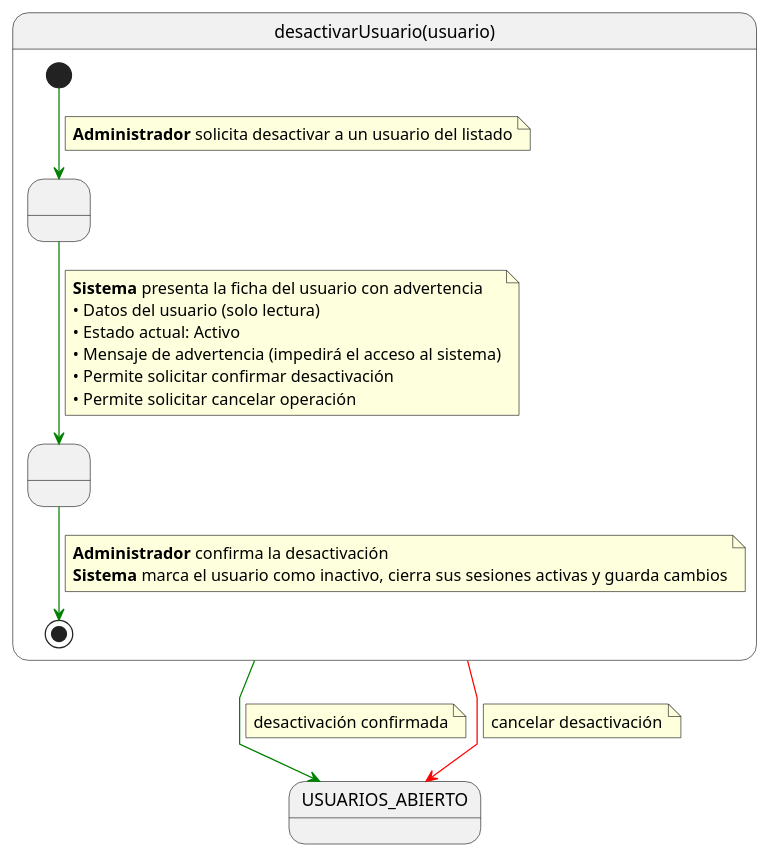
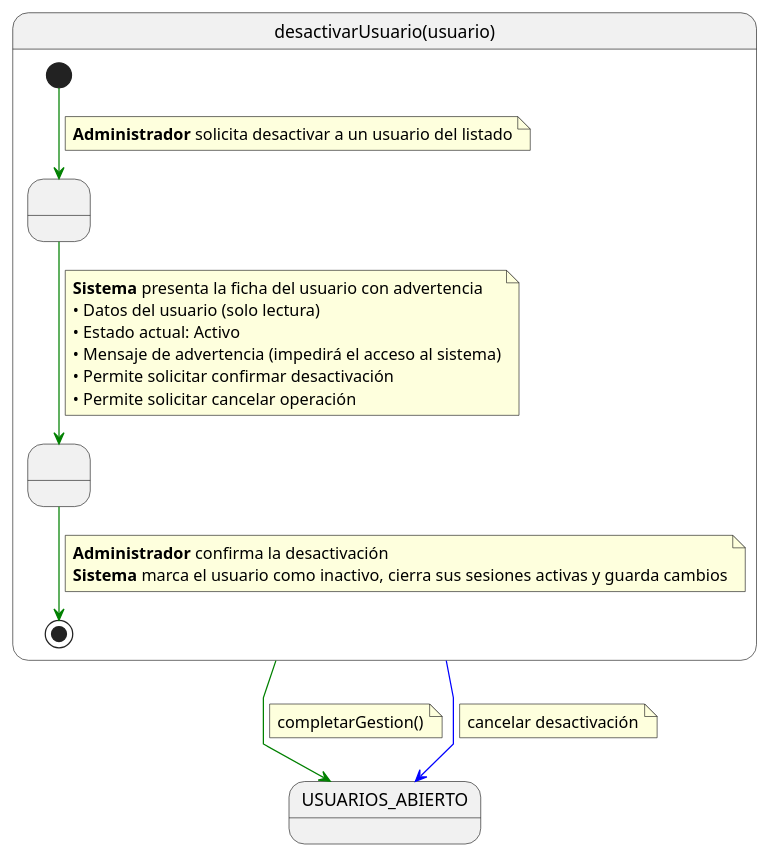
The diagram in UML/00-requisitos/01-actores-casosDeUso/01-casosDeUso/Administrador/desactivarUsuario.puml (aeRomeroz/pyTicketing), drawn with PlantUML before and after one commit. The commit also changed 16 other files, not shown here.

Commit message:
refactor(uml): cambiar lineas de cancelacion a azul y aplicar completarGestion()

```diff
--- a/UML/00-requisitos/01-actores-casosDeUso/01-casosDeUso/Administrador/desactivarUsuario.puml
+++ b/UML/00-requisitos/01-actores-casosDeUso/01-casosDeUso/Administrador/desactivarUsuario.puml
@@ -1,42 +1,42 @@
 @startuml CU10_DesactivarUsuario
 
 skinparam linetype polyline
 
 state desactivarUsuario as "desactivarUsuario(usuario)" {
 
     state " " as SolicitandoConfirmacion
     state " " as DesactivandoUsuario
 
     [*] -[#green]-> SolicitandoConfirmacion
     note on link
     <b>Administrador</b> solicita desactivar a un usuario del listado
     end note
 
     SolicitandoConfirmacion -[#green]-> DesactivandoUsuario
     note on link
     <b>Sistema</b> presenta la ficha del usuario con advertencia
     • Datos del usuario (solo lectura)
     • Estado actual: Activo
     • Mensaje de advertencia (impedirá el acceso al sistema)
     • Permite solicitar confirmar desactivación
     • Permite solicitar cancelar operación
     end note
 
     DesactivandoUsuario -[#green]-> [*]
     note on link
     <b>Administrador</b> confirma la desactivación
     <b>Sistema</b> marca el usuario como inactivo, cierra sus sesiones activas y guarda cambios
     end note
 }
 
 desactivarUsuario -[#green]-> USUARIOS_ABIERTO
 note on link
-desactivación confirmada
+completarGestion()
 end note
 
-desactivarUsuario -[#red]-> USUARIOS_ABIERTO
+desactivarUsuario -[#blue]-> USUARIOS_ABIERTO
 note on link
 cancelar desactivación
 end note
 
 @enduml
```
